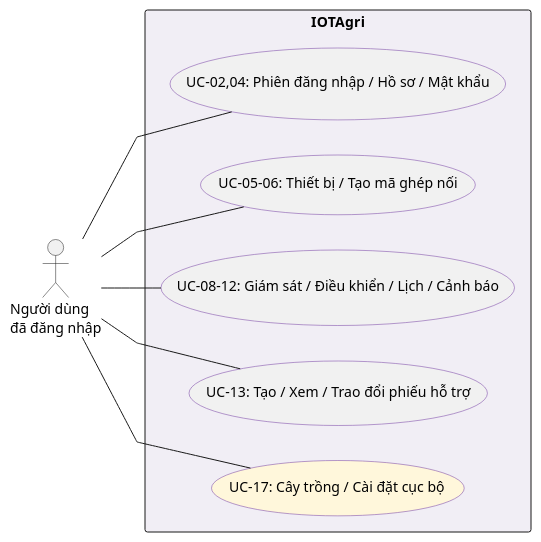
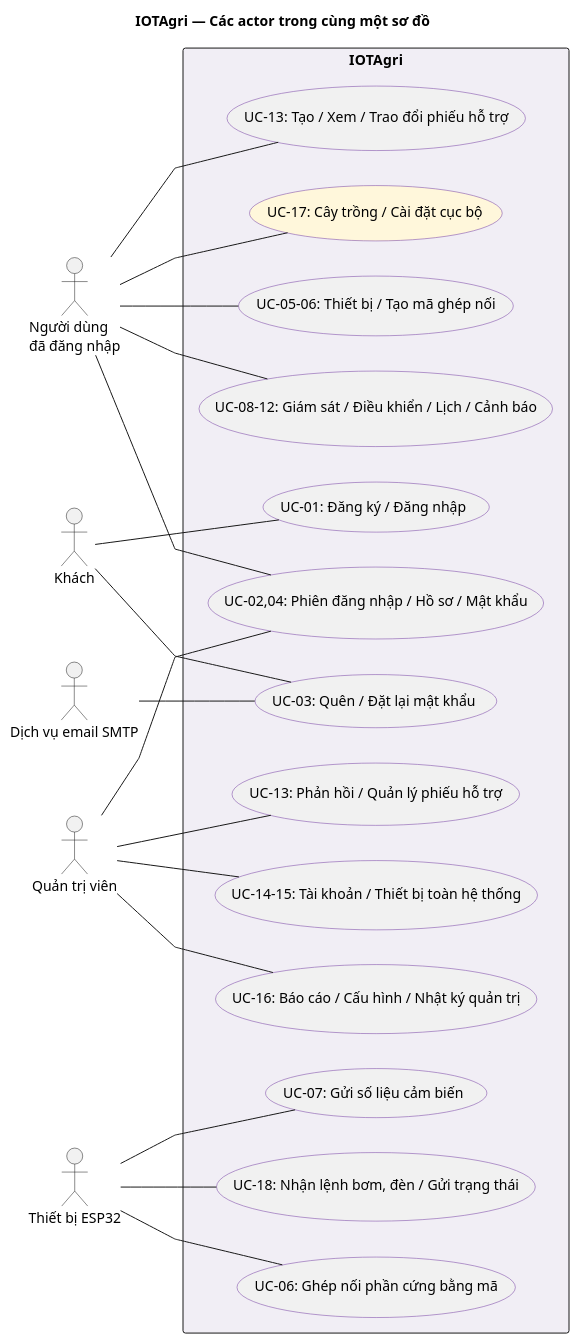
One commit to huuanh1411/IOTAgri changed the diagram in docs/diagrams/use-case-overview.puml. Above: the diagram before and after it, drawn with PlantUML. The commit also changed other lines of this file and 17 other files, not shown here.

```diff
--- a/docs/diagrams/use-case-overview.puml
+++ b/docs/diagrams/use-case-overview.puml
@@ -19,23 +1,46 @@
-@startuml use-case-overview-user
+@startuml use-case-overview
 left to right direction
 skinparam actorStyle stickman
 skinparam shadowing false
 skinparam linetype polyline
 skinparam usecaseBorderColor #7138A0
 skinparam rectangleBackgroundColor #F1EEF5
-' Actor ở ngoài khung hệ thống; các use case bố trí so le bên trong.
-' SVG do render-use-cases.py xuất giữ bố cục theo hình mẫu UML.
+title IOTAgri — Các actor trong cùng một sơ đồ
+actor "Khách" as Guest
 actor "Người dùng\nđã đăng nhập" as User
+actor "Quản trị viên" as Admin
+actor "Thiết bị ESP32" as ESP
+actor "Dịch vụ email SMTP" as SMTP
+
 rectangle "IOTAgri" {
+  usecase "UC-01: Đăng ký / Đăng nhập" as GuestUC1
+  usecase "UC-03: Quên / Đặt lại mật khẩu" as GuestUC2
   usecase "UC-02,04: Phiên đăng nhập / Hồ sơ / Mật khẩu" as UserUC1
   usecase "UC-05–06: Thiết bị / Tạo mã ghép nối" as UserUC2
   usecase "UC-08–12: Giám sát / Điều khiển / Lịch / Cảnh báo" as UserUC3
   usecase "UC-13: Tạo / Xem / Trao đổi phiếu hỗ trợ" as UserUC4
   usecase "UC-17: Cây trồng / Cài đặt cục bộ" as UserUC5 #FFF7DB
+  usecase "UC-13: Phản hồi / Quản lý phiếu hỗ trợ" as AdminUC2
+  usecase "UC-14–15: Tài khoản / Thiết bị toàn hệ thống" as AdminUC3
+  usecase "UC-16: Báo cáo / Cấu hình / Nhật ký quản trị" as AdminUC4
+  usecase "UC-06: Ghép nối phần cứng bằng mã" as ESPUC1
+  usecase "UC-07: Gửi số liệu cảm biến" as ESPUC2
+  usecase "UC-18: Nhận lệnh bơm, đèn / Gửi trạng thái" as ESPUC3
 }
+
+Guest -- GuestUC1
+Guest -- GuestUC2
 User -- UserUC1
 User -- UserUC2
 User -- UserUC3
 User -- UserUC4
 User -- UserUC5
+Admin -- UserUC1
+Admin -- AdminUC2
+Admin -- AdminUC3
+Admin -- AdminUC4
+ESP -- ESPUC1
+ESP -- ESPUC2
+ESP -- ESPUC3
+SMTP -- GuestUC2
 @enduml
```
